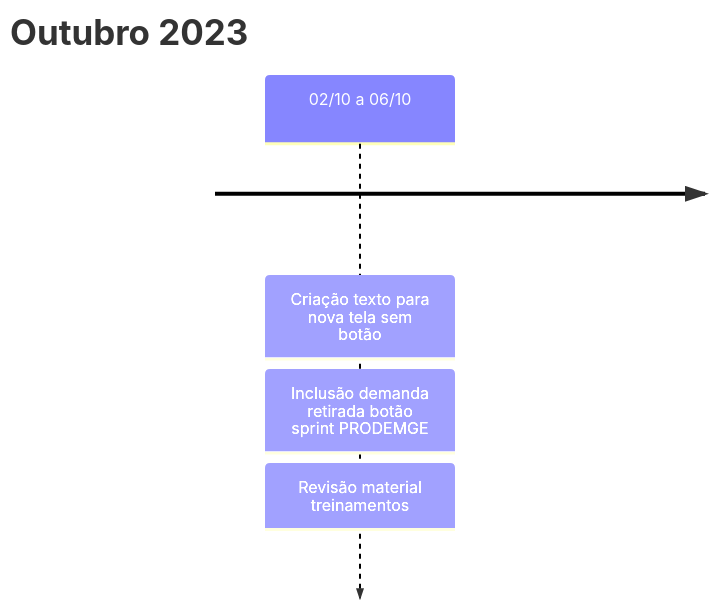
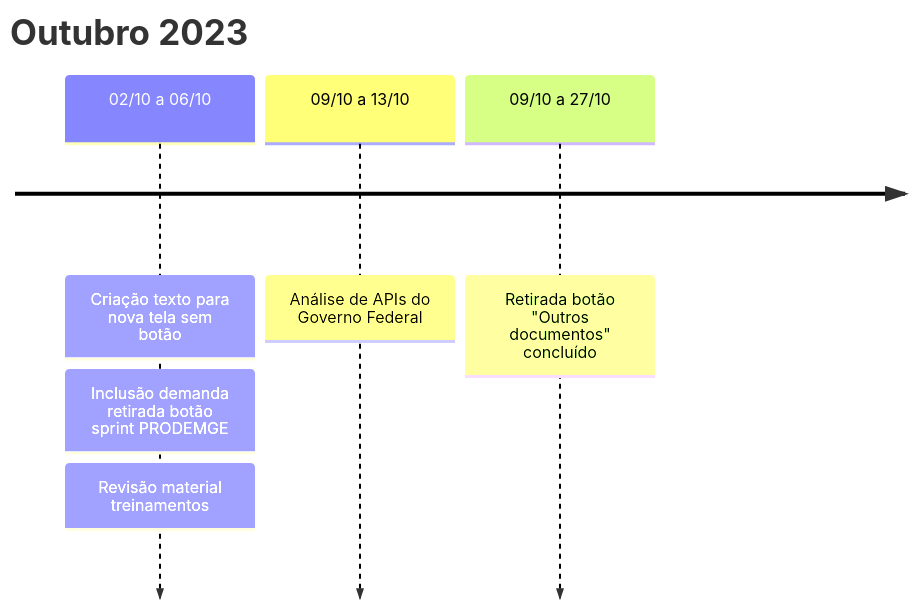
The third of 3 diagrams in docs/linha_do_tempo/mapa_transformacao.md (lab-mg/handbook), drawn with Mermaid before and after one commit. The commit also changed other lines of this file, not shown here.

Commit message:
Atualização time line mapa transformação

````diff
--- a/docs/linha_do_tempo/mapa_transformacao.md
+++ b/docs/linha_do_tempo/mapa_transformacao.md
@@ -45,7 +45,9 @@
 ```mermaid
 timeline
     title Outubro 2023
     02/10 a 06/10 : Criação texto para nova tela sem botão
                   : Inclusão demanda retirada botão sprint PRODEMGE
                   : Revisão material treinamentos
+    09/10 a 13/10 : Análise de APIs do Governo Federal
+    09/10 a 27/10 : Retirada botão "Outros documentos" concluído
 ```
````
